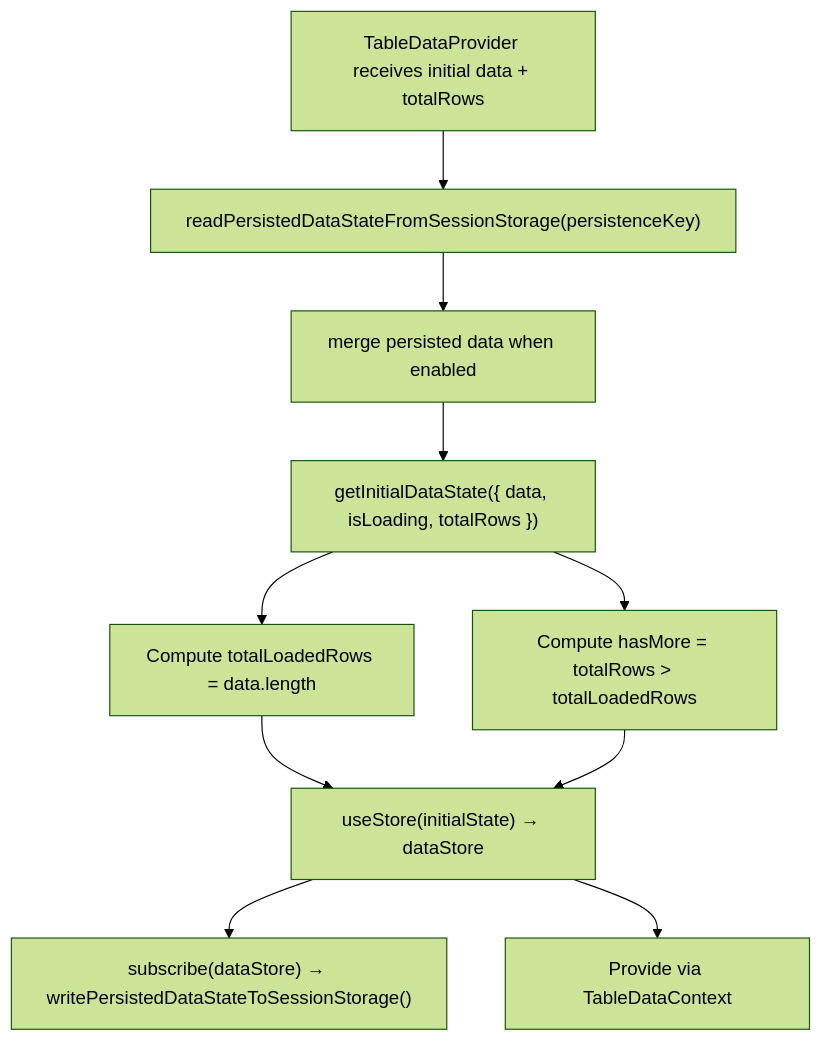
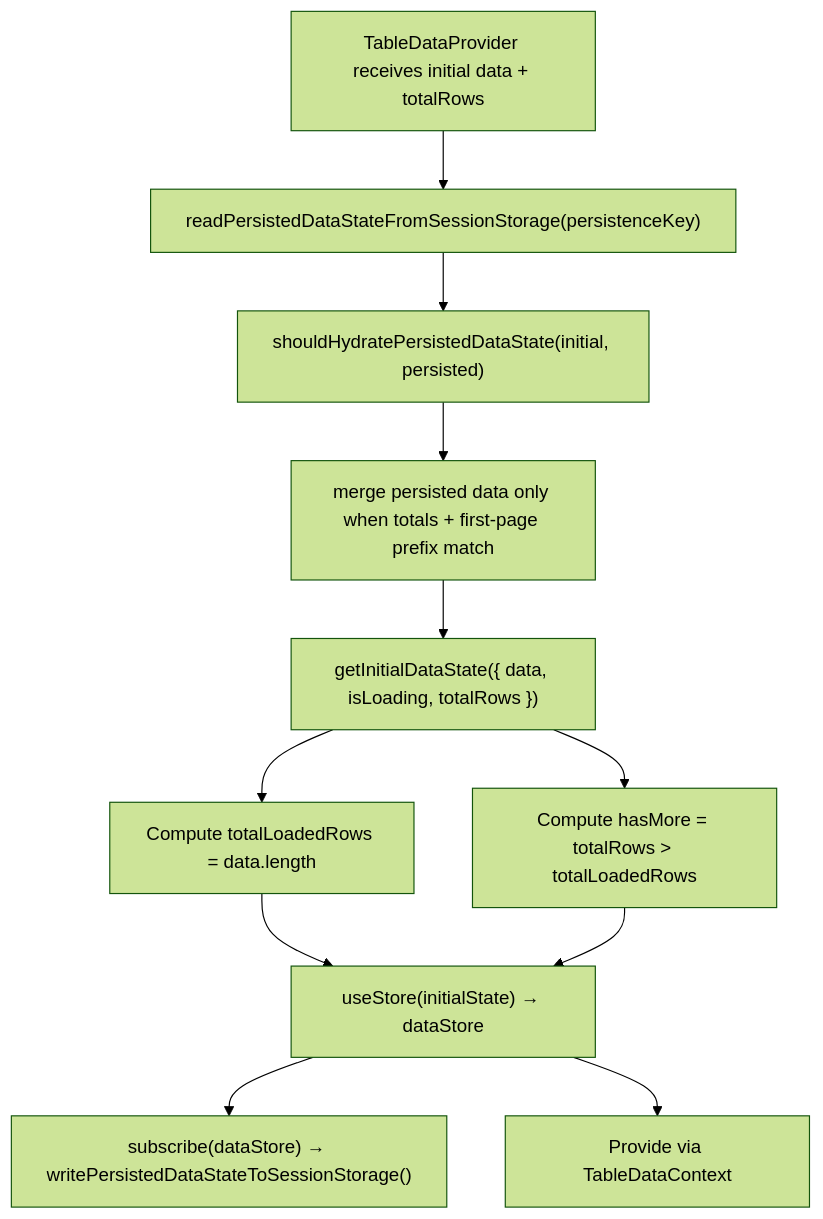
Before and after one commit to luciocabrera/lcabrera-stack: the second of 2 diagrams in apps/react-router/src/components/Table/contexts/TableData/ARCHITECTURE.md, drawn with Mermaid (forest theme). The commit also changed other lines of this file and 15 other files, not shown here.

````diff
--- a/apps/react-router/src/components/Table/contexts/TableData/ARCHITECTURE.md
+++ b/apps/react-router/src/components/Table/contexts/TableData/ARCHITECTURE.md
@@ -65,13 +66,14 @@
 ```mermaid
 graph TD
   A["TableDataProvider receives initial data + totalRows"]
   A --> P["readPersistedDataStateFromSessionStorage(persistenceKey)"]
-  P --> M["merge persisted data when enabled"]
+  P --> G["shouldHydratePersistedDataState(initial, persisted)"]
+  G --> M["merge persisted data only when totals + first-page prefix match"]
   M --> B["getInitialDataState({ data, isLoading, totalRows })"]
   B --> C["Compute totalLoadedRows = data.length"]
   B --> D["Compute hasMore = totalRows > totalLoadedRows"]
   C --> E["useStore(initialState) → dataStore"]
   D --> E
   E --> W["subscribe(dataStore) → writePersistedDataStateToSessionStorage()"]
   E --> F["Provide via TableDataContext"]
 ```
````
